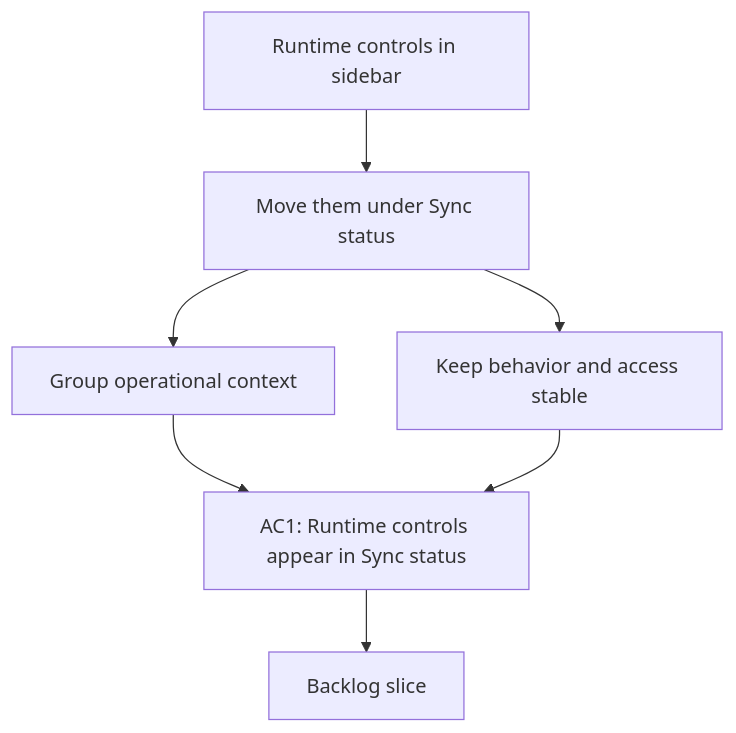
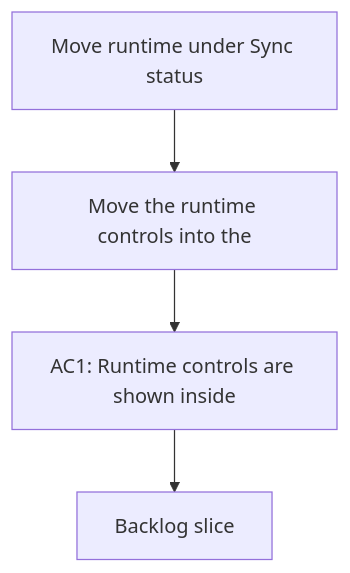
The diagram in logics/request/req_014_move_runtime_under_sync_status.md (AlexAgo83/deepvault), drawn with Mermaid before and after one commit. The commit also changed 57 other files, not shown here.

````diff
--- a/logics/request/req_014_move_runtime_under_sync_status.md
+++ b/logics/request/req_014_move_runtime_under_sync_status.md
@@ -23,11 +23,8 @@
 ```mermaid
 %% logics-kind: request
 %% logics-signature: request|move-runtime-under-sync-status|move-the-runtime-controls-into-the|ac1-runtime-controls-are-shown-inside
 flowchart TD
-    Trigger[Runtime controls in sidebar] --> Need[Move them under Sync status]
-    Need --> Value[Group operational context]
-    Need --> Constraints[Keep behavior and access stable]
-    Value --> Outcome[AC1: Runtime controls appear in Sync status]
-    Constraints --> Outcome
+    Trigger[Move runtime under Sync status] --> Need[Move the runtime controls into the]
+    Need --> Outcome[AC1: Runtime controls are shown inside]
     Outcome --> Backlog[Backlog slice]
 ```
````
